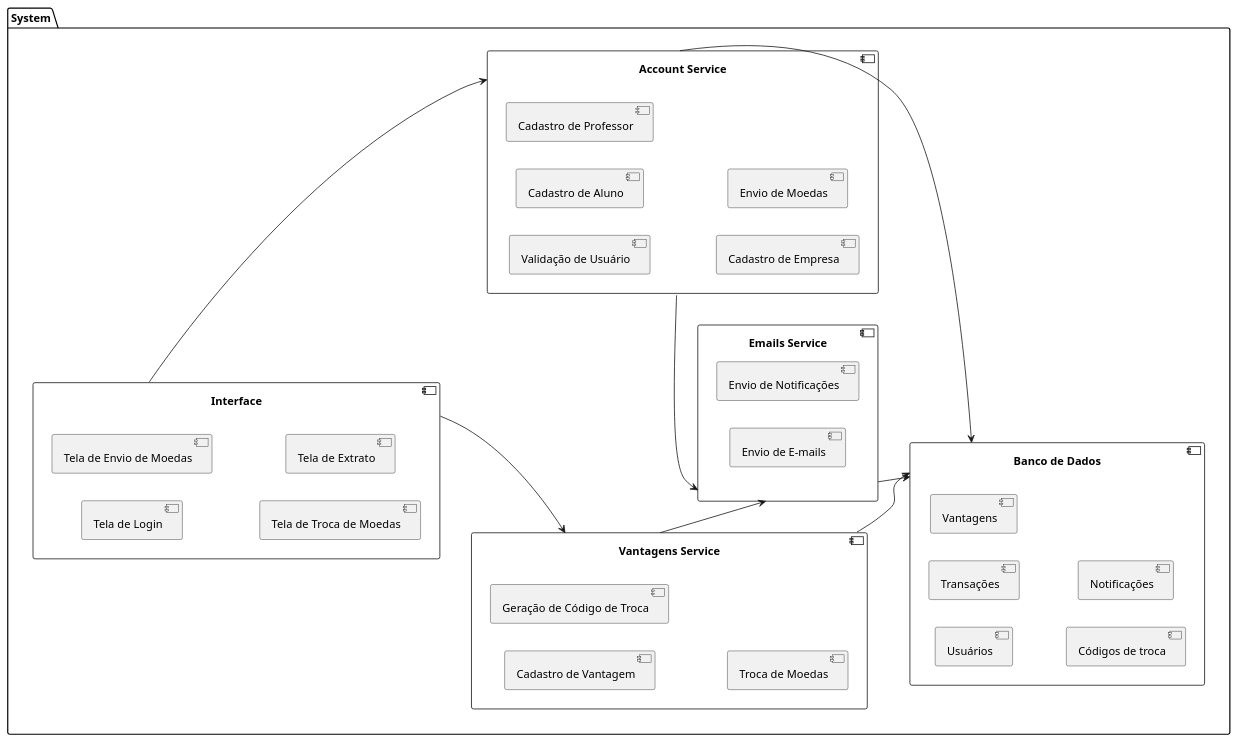
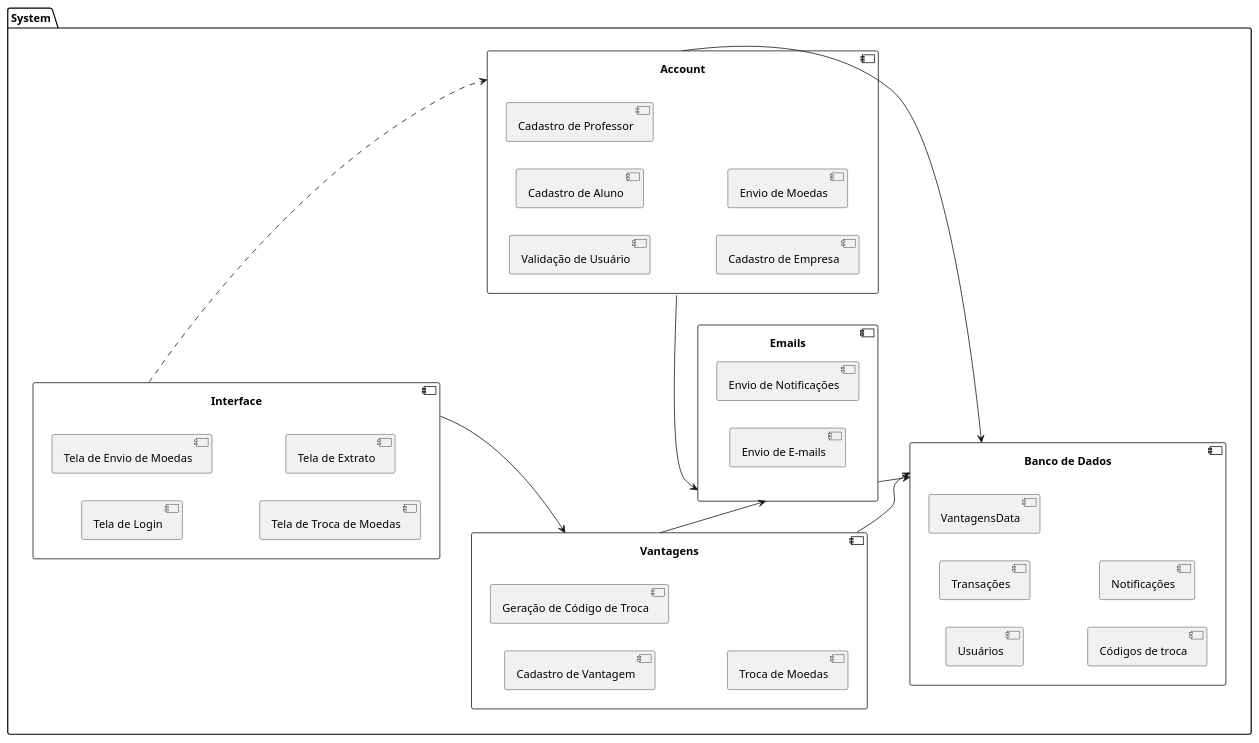
The diagram in projeto/components-diagram.wsd (pedrolucas444/LabDeSofware3), drawn with PlantUML before and after one commit. The commit also changed 1 other file, not shown here.

Commit message:
atualizacao diagrama de componentes

```diff
--- a/projeto/components-diagram.wsd
+++ b/projeto/components-diagram.wsd
@@ -1,51 +1,51 @@
 @startuml
 
 
 left to right direction
 
 package "System" {
     
     component "Interface" {
         [Tela de Login]
         [Tela de Envio de Moedas]
         [Tela de Troca de Moedas]
         [Tela de Extrato]
     }
 
-    component "Account Service" {
+    component "Account" {
         [Validação de Usuário]
         [Cadastro de Aluno]
         [Cadastro de Professor]
         [Cadastro de Empresa]
         [Envio de Moedas]
     }
 
-    component "Vantagens Service" {
+    component "Vantagens" {
         [Cadastro de Vantagem]
         [Geração de Código de Troca]
         [Troca de Moedas]
     }
 
-    component "Emails Service" {
+    component "Emails" {
         [Envio de Notificações]
         [Envio de E-mails]
     }
 
     component "Banco de Dados" {
         [Usuários]
         [Transações]
-        [Vantagens]
+        [VantagensData]
         [Códigos de troca]
         [Notificações]
     }
 
-    [Interface] --> [Account Service] 
-    [Interface] --> [Vantagens Service] 
-    [Account Service] --> [Banco de Dados] 
-    [Account Service] --> [Emails Service] 
-    [Vantagens Service] --> [Banco de Dados] 
-    [Vantagens Service] --> [Emails Service] 
-    [Emails Service] --> [Banco de Dados] 
+    [Interface] ..> [Account] 
+    [Interface] --> [Vantagens] 
+    [Account] --> [Banco de Dados] 
+    [Account] --> [Emails] 
+    [Vantagens] --> [Banco de Dados] 
+    [Vantagens] --> [Emails] 
+    [Emails] --> [Banco de Dados] 
 }
 
 @enduml
```
